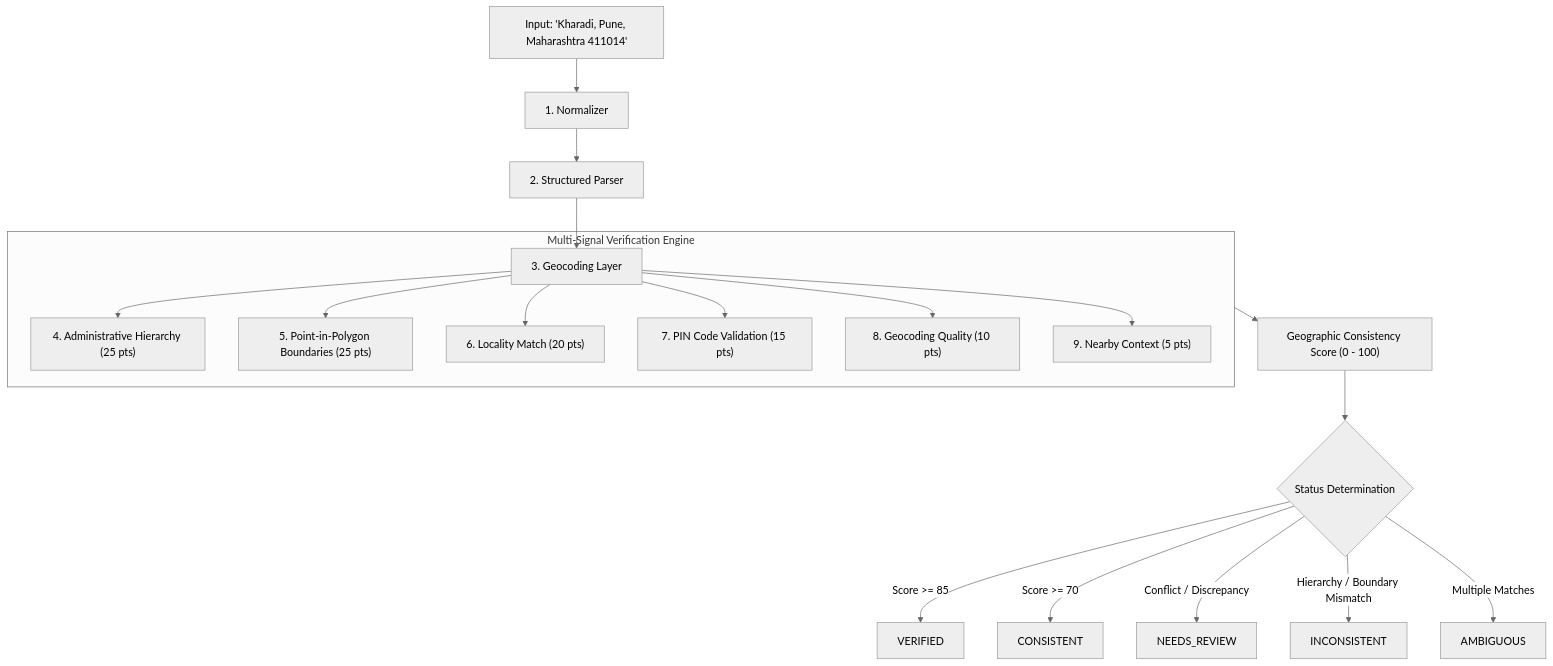
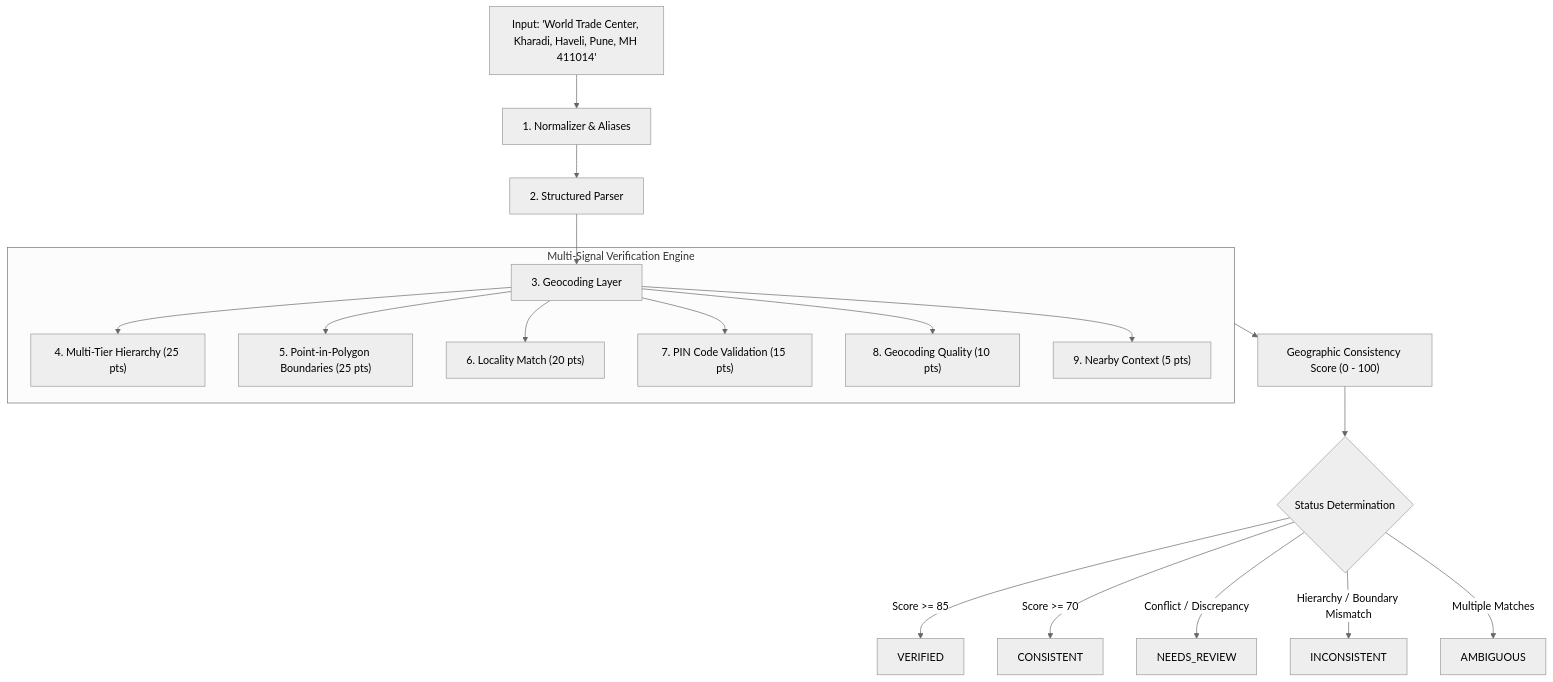
One commit to maneaditya478-commits/GeoVerify changed the diagram in README.md. Above: the diagram before and after it, drawn with Mermaid (neutral theme). The commit also changed other lines of this file and 31 other files, not shown here.

````diff
--- a/README.md
+++ b/README.md
@@ -30,24 +31,24 @@
 ```mermaid
 flowchart TD
-    Input["Input: 'Kharadi, Pune, Maharashtra 411014'"] --> Norm[1. Normalizer]
+    Input["Input: 'World Trade Center, Kharadi, Haveli, Pune, MH 411014'"] --> Norm[1. Normalizer & Aliases]
     Norm --> Parse[2. Structured Parser]
     Parse --> Geo[3. Geocoding Layer]
     
     subgraph MultiSignal [Multi-Signal Verification Engine]
-        Geo --> Hier["4. Administrative Hierarchy (25 pts)"]
+        Geo --> Hier["4. Multi-Tier Hierarchy (25 pts)"]
         Geo --> Bound["5. Point-in-Polygon Boundaries (25 pts)"]
         Geo --> Loc["6. Locality Match (20 pts)"]
         Geo --> Pin["7. PIN Code Validation (15 pts)"]
         Geo --> Geoc["8. Geocoding Quality (10 pts)"]
         Geo --> Near["9. Nearby Context (5 pts)"]
     end
     
     MultiSignal --> Score["Geographic Consistency Score (0 - 100)"]
     Score --> Status{"Status Determination"}
     
     Status -->|Score >= 85| V[VERIFIED]
     Status -->|Score >= 70| C[CONSISTENT]
     Status -->|Conflict / Discrepancy| R[NEEDS_REVIEW]
     Status -->|Hierarchy / Boundary Mismatch| I[INCONSISTENT]
     Status -->|Multiple Matches| A[AMBIGUOUS]
 ```
````
